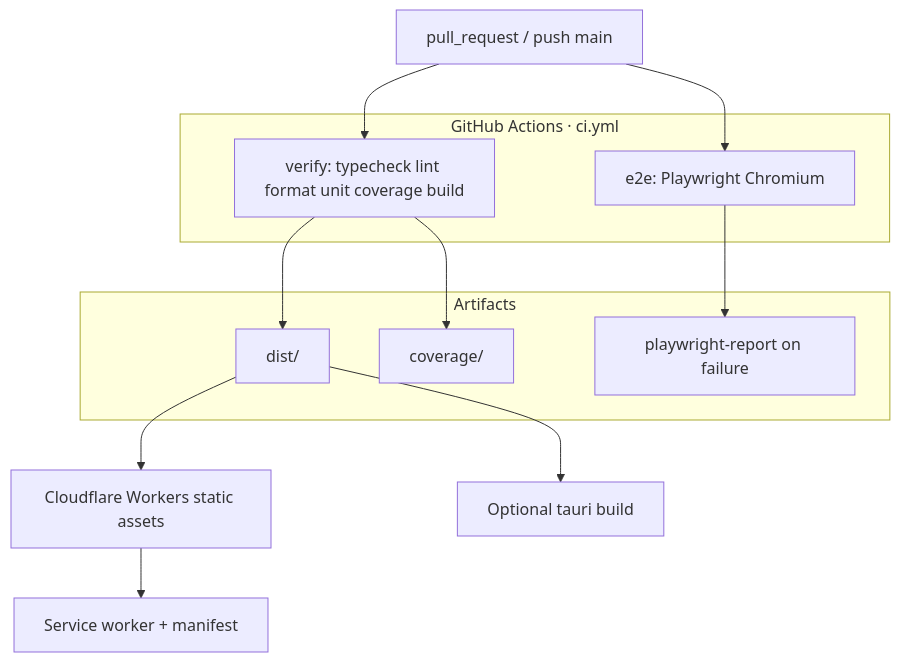
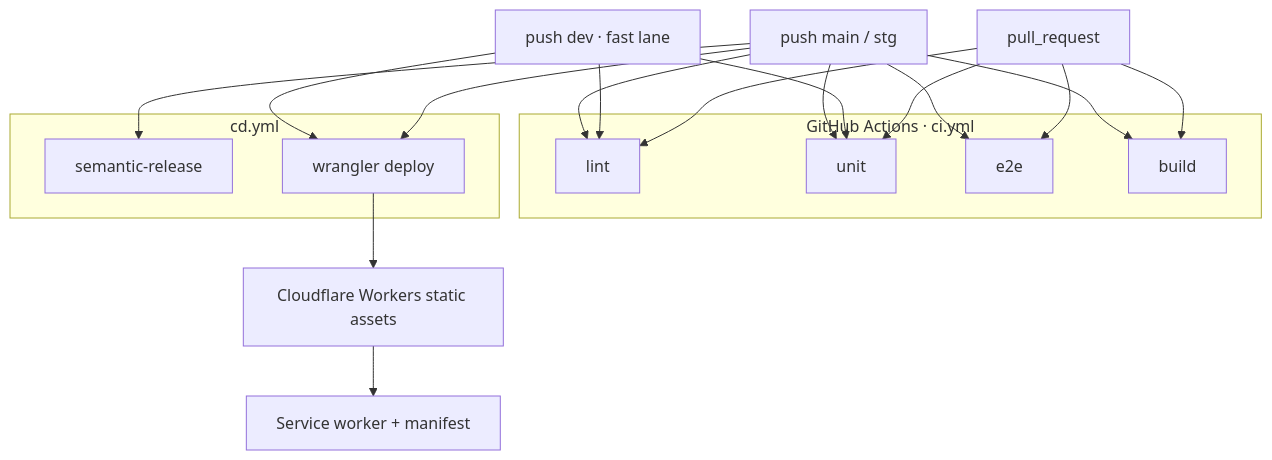
The diagram in docs/architecture/deployment.md (kwami-labs/kwami-app), drawn with Mermaid before and after one commit. The commit also changed other lines of this file and 24 other files, not shown here.

First line of the commit message:
ci: cut releases and deploy Workers the way aurea does

````diff
--- a/docs/architecture/deployment.md
+++ b/docs/architecture/deployment.md
@@ -5,24 +5,32 @@
 ```mermaid
 flowchart TB
   subgraph CI["GitHub Actions · ci.yml"]
-    V[verify: typecheck lint format unit coverage build]
-    E[e2e: Playwright Chromium]
+    L[lint]
+    U[unit]
+    E[e2e]
+    B[build]
   end
 
-  PR[pull_request / push main] --> V
+  PR[pull_request] --> L
+  PR --> U
   PR --> E
+  PR --> B
+  PushDev[push dev · fast lane] --> L
+  PushDev --> U
+  PushRel[push main / stg] --> L
+  PushRel --> U
+  PushRel --> E
+  PushRel --> B
 
-  subgraph Artifacts
-    Dist[dist/]
-    Cov[coverage/]
-    PW[playwright-report on failure]
+  subgraph CD["cd.yml"]
+    R[semantic-release]
+    D[wrangler deploy]
   end
 
-  V --> Dist
-  V --> Cov
-  E --> PW
+  PushRel --> R
+  PushRel --> D
+  PushDev --> D
 
-  Dist --> Host[Cloudflare Workers static assets]
+  D --> Host[Cloudflare Workers static assets]
   Host --> SW[Service worker + manifest]
-  Dist --> Tauri[Optional tauri build]
 ```
````
